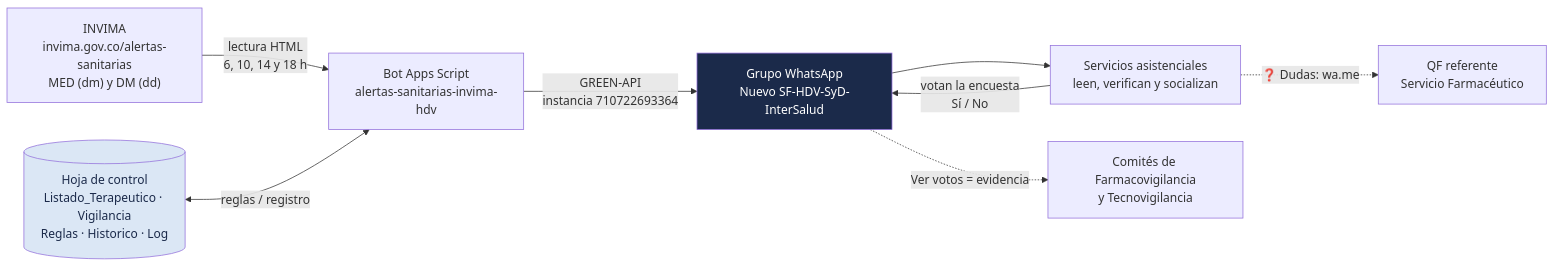
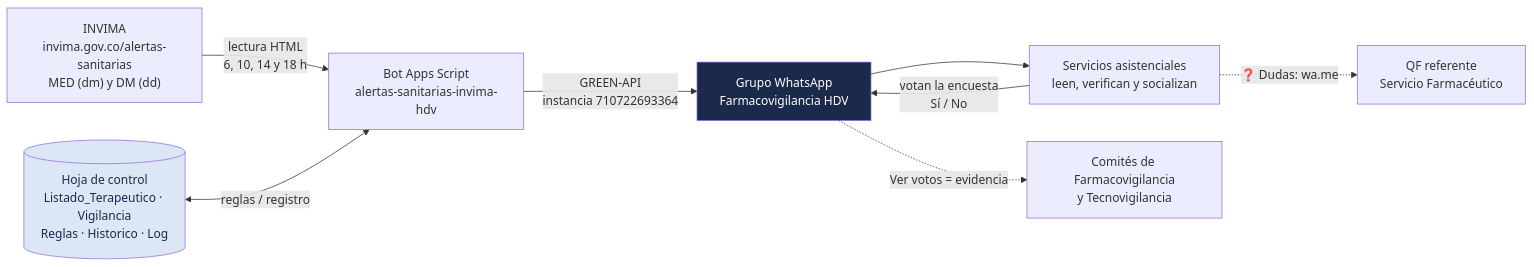
One commit to jsaavedran1-glitch/alertas-whatsapp-sanitarias-invima changed the first of 5 diagrams in README.md. Above: the diagram before and after it, drawn with Mermaid. The commit also changed other lines of this file and 2 other files, not shown here.

First line of the commit message:
Grupo de produccion: Farmacovigilancia HDV

````diff
--- a/README.md
+++ b/README.md
@@ -34,12 +34,12 @@
 ```mermaid
 flowchart LR
     INV["INVIMA<br/>invima.gov.co/alertas-sanitarias<br/>MED (dm) y DM (dd)"] -->|"lectura HTML<br/>6, 10, 14 y 18 h"| BOT["Bot Apps Script<br/>alertas-sanitarias-invima-hdv"]
     HOJA[("Hoja de control<br/>Listado_Terapeutico · Vigilancia<br/>Reglas · Historico · Log")] <-->|"reglas / registro"| BOT
-    BOT -->|"GREEN-API<br/>instancia 710722693364"| WA["Grupo WhatsApp<br/>Nuevo SF-HDV-SyD-InterSalud"]
+    BOT -->|"GREEN-API<br/>instancia 710722693364"| WA["Grupo WhatsApp<br/>Farmacovigilancia HDV"]
     WA --> SERV["Servicios asistenciales<br/>leen, verifican y socializan"]
     SERV -->|"votan la encuesta<br/>Sí / No"| WA
     SERV -.->|"❓ Dudas: wa.me"| QF["QF referente<br/>Servicio Farmacéutico"]
     WA -.->|"Ver votos = evidencia"| COM["Comités de Farmacovigilancia<br/>y Tecnovigilancia"]
     style WA fill:#1b2a4a,color:#fff
     style HOJA fill:#dbe7f5,color:#1b2a4a
 ```
````
